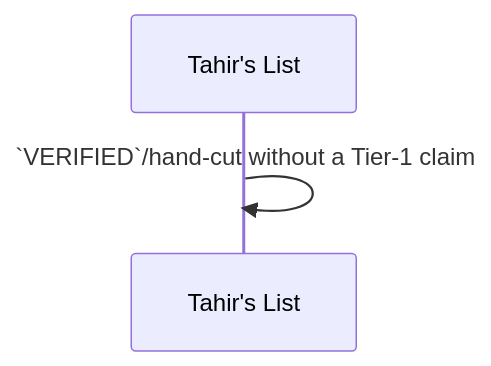
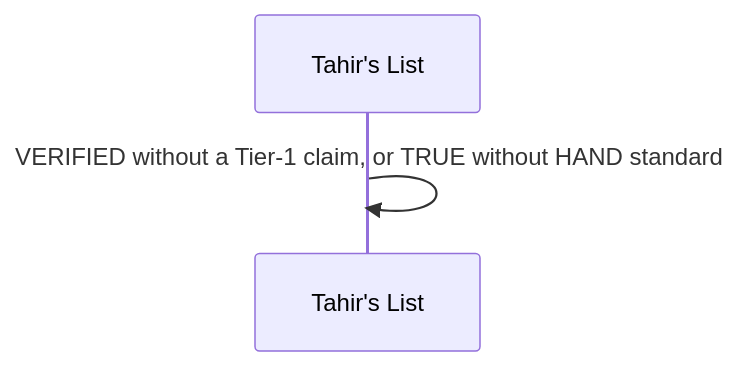
One commit to Losers-Lab/tahirs-list changed the sixth of 6 diagrams in docs/features/SC-211/04-blackbox/UC-04-audit-and-record-evidence.md. Above: the diagram before and after it, drawn with Mermaid. The commit also changed other lines of this file and 12 other files, not shown here.

Commit message:
[SC-211] Decouple hand-cut from tier

````diff
--- a/docs/features/SC-211/04-blackbox/UC-04-audit-and-record-evidence.md
+++ b/docs/features/SC-211/04-blackbox/UC-04-audit-and-record-evidence.md
@@ -52,5 +52,5 @@
 ```mermaid
 sequenceDiagram
   participant TL as Tahir's List
-  TL->>TL: `VERIFIED`/hand-cut without a Tier-1 claim
+  TL->>TL: VERIFIED without a Tier-1 claim, or TRUE without HAND standard
 ```
````
